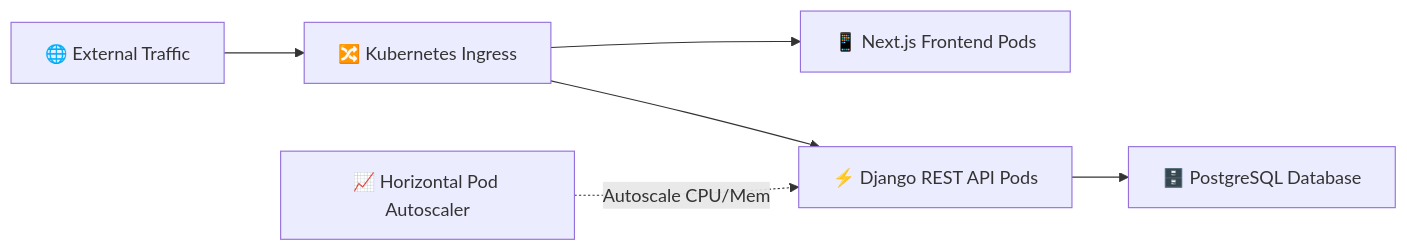
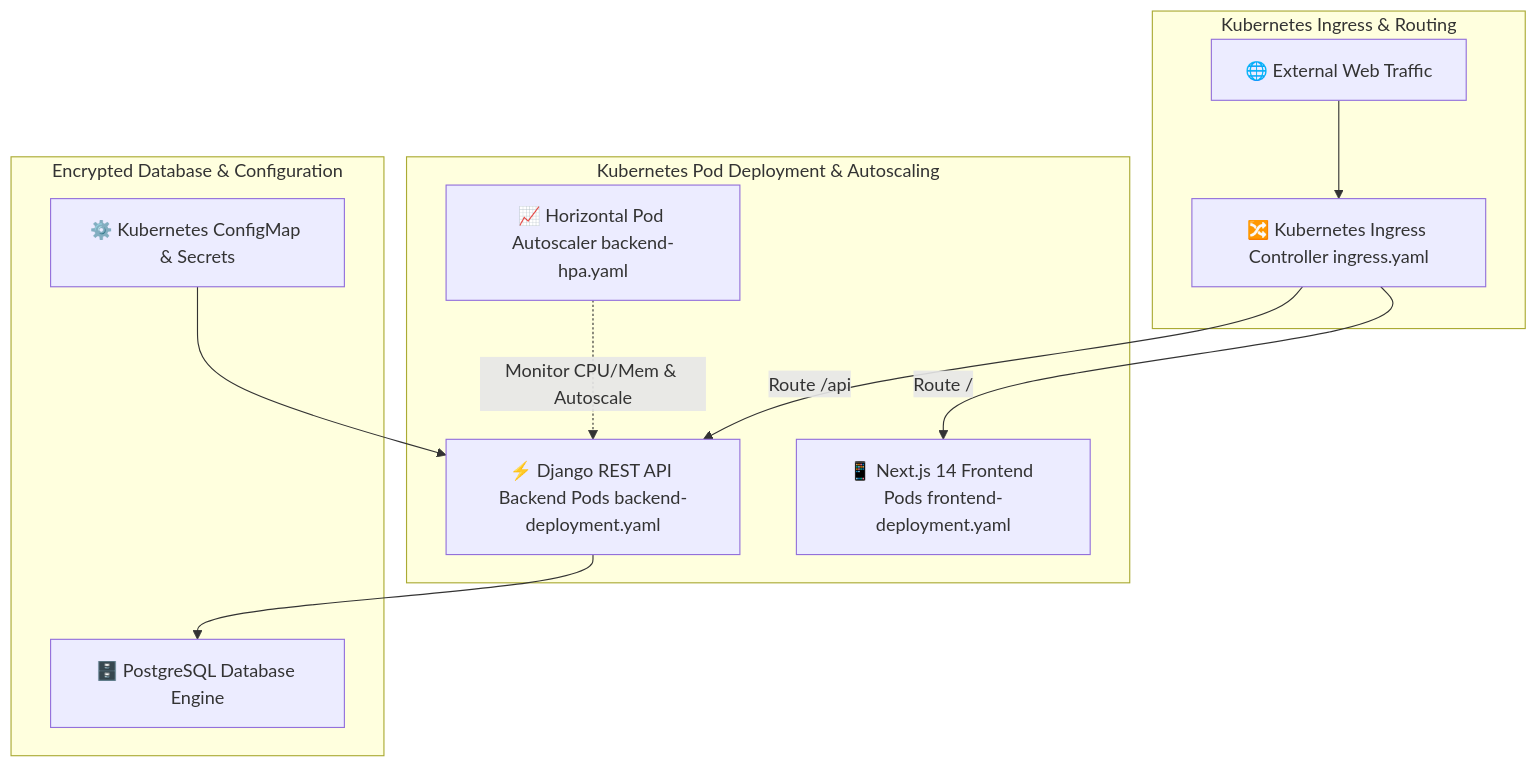
Before and after one commit to sanmathik8/complaint_management: the diagram in README.md, drawn with Mermaid. The commit also changed other lines of this file, not shown here.

````diff
--- a/README.md
+++ b/README.md
@@ -17,8 +30,17 @@
 ```mermaid
-flowchart LR
-    A[🌐 External Traffic] --> B[🔀 Kubernetes Ingress]
-    B --> C[📱 Next.js Frontend Pods]
-    B --> D[⚡ Django REST API Pods]
-    D --> E[🗄️ PostgreSQL Database]
-    F[📈 Horizontal Pod Autoscaler] -.->|Autoscale CPU/Mem| D
+flowchart TD
+    subgraph Ingress_Layer [Kubernetes Ingress & Routing]
+        A[🌐 External Web Traffic] --> B[🔀 Kubernetes Ingress Controller ingress.yaml]
+    end
+
+    subgraph Pod_Layer [Kubernetes Pod Deployment & Autoscaling]
+        B -->|Route / | C[📱 Next.js 14 Frontend Pods frontend-deployment.yaml]
+        B -->|Route /api | D[⚡ Django REST API Backend Pods backend-deployment.yaml]
+        E[📈 Horizontal Pod Autoscaler backend-hpa.yaml] -.->|Monitor CPU/Mem & Autoscale| D
+    end
+
+    subgraph Data_Layer [Encrypted Database & Configuration]
+        D --> F[🗄️ PostgreSQL Database Engine]
+        G[⚙️ Kubernetes ConfigMap & Secrets] --> D
+    end
 ```
````
